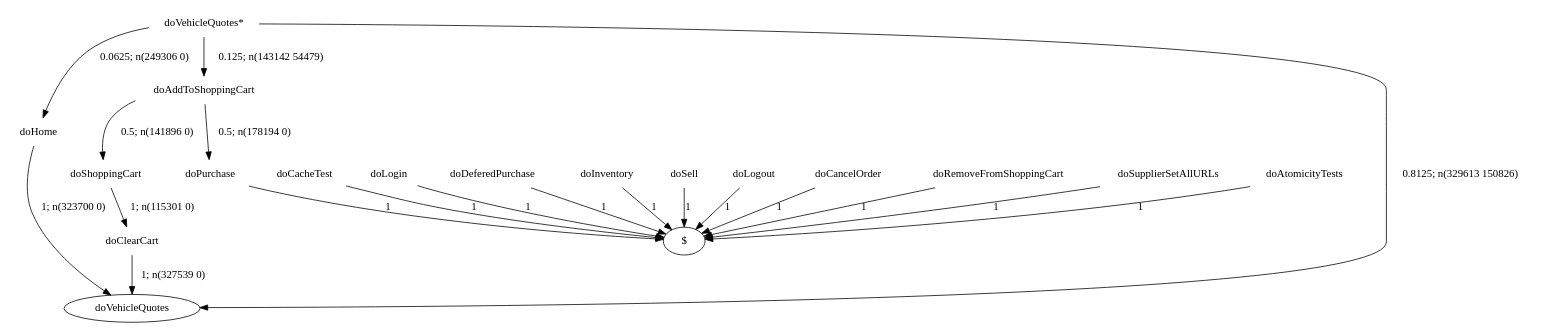
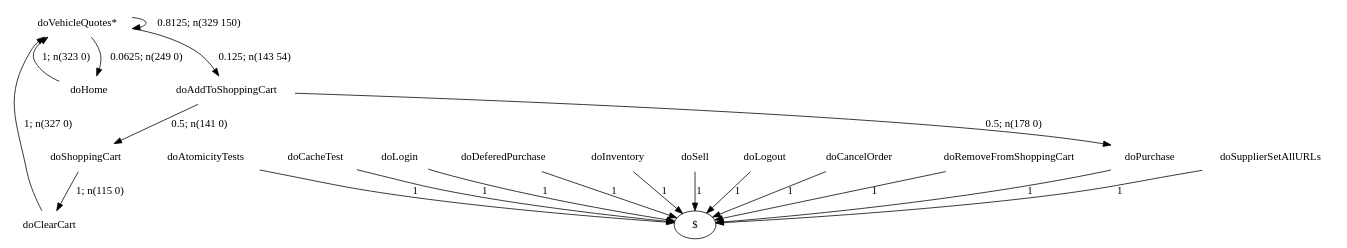
Before and after one commit to alperhi/wessbas.behaviorModelExtractor: the diagram in examples/specj/output/none/graph122.dot, drawn with Graphviz. The commit also changed 545 other files, not shown here.

Commit message:
fixed bug with initial states appearing twice (with and without '*') in a DOT graph; fixed time conversion from nanoseconds to milliseconds (uses TimeUnit now); updated example output and visualizations; removed input sessions with NULL-values from SPECj input folder;

```diff
--- a/examples/specj/output/none/graph122.dot
+++ b/examples/specj/output/none/graph122.dot
@@ -1,37 +1,37 @@
 digraph G {
 "doVehicleQuotes*" [label="doVehicleQuotes*",shape=none];
 "doSupplierSetAllURLs" [label="doSupplierSetAllURLs",shape=none];
 "doAtomicityTests" [label="doAtomicityTests",shape=none];
 "doCacheTest" [label="doCacheTest",shape=none];
 "doLogin" [label="doLogin",shape=none];
 "doAddToShoppingCart" [label="doAddToShoppingCart",shape=none];
 "doDeferedPurchase" [label="doDeferedPurchase",shape=none];
 "doHome" [label="doHome",shape=none];
 "doShoppingCart" [label="doShoppingCart",shape=none];
 "doClearCart" [label="doClearCart",shape=none];
 "doPurchase" [label="doPurchase",shape=none];
 "doInventory" [label="doInventory",shape=none];
 "doSell" [label="doSell",shape=none];
 "doLogout" [label="doLogout",shape=none];
 "doCancelOrder" [label="doCancelOrder",shape=none];
 "doRemoveFromShoppingCart" [label="doRemoveFromShoppingCart",shape=none];
-"doVehicleQuotes*"->"doVehicleQuotes" [style=solid,label="0.8125; n(329613 150826)"];
-"doVehicleQuotes*"->"doAddToShoppingCart" [style=solid,label="0.125; n(143142 54479)"];
-"doVehicleQuotes*"->"doHome" [style=solid,label="0.0625; n(249306 0)"];
+"doVehicleQuotes*"->"doVehicleQuotes*" [style=solid,label="0.8125; n(329 150)"];
+"doVehicleQuotes*"->"doAddToShoppingCart" [style=solid,label="0.125; n(143 54)"];
+"doVehicleQuotes*"->"doHome" [style=solid,label="0.0625; n(249 0)"];
 "doSupplierSetAllURLs"->"$" [style=solid,label="1"];
 "doAtomicityTests"->"$" [style=solid,label="1"];
 "doCacheTest"->"$" [style=solid,label="1"];
 "doLogin"->"$" [style=solid,label="1"];
-"doAddToShoppingCart"->"doShoppingCart" [style=solid,label="0.5; n(141896 0)"];
-"doAddToShoppingCart"->"doPurchase" [style=solid,label="0.5; n(178194 0)"];
+"doAddToShoppingCart"->"doShoppingCart" [style=solid,label="0.5; n(141 0)"];
+"doAddToShoppingCart"->"doPurchase" [style=solid,label="0.5; n(178 0)"];
 "doDeferedPurchase"->"$" [style=solid,label="1"];
-"doHome"->"doVehicleQuotes" [style=solid,label="1; n(323700 0)"];
-"doShoppingCart"->"doClearCart" [style=solid,label="1; n(115301 0)"];
-"doClearCart"->"doVehicleQuotes" [style=solid,label="1; n(327539 0)"];
+"doHome"->"doVehicleQuotes*" [style=solid,label="1; n(323 0)"];
+"doShoppingCart"->"doClearCart" [style=solid,label="1; n(115 0)"];
+"doClearCart"->"doVehicleQuotes*" [style=solid,label="1; n(327 0)"];
 "doPurchase"->"$" [style=solid,label="1"];
 "doInventory"->"$" [style=solid,label="1"];
 "doSell"->"$" [style=solid,label="1"];
 "doLogout"->"$" [style=solid,label="1"];
 "doCancelOrder"->"$" [style=solid,label="1"];
 "doRemoveFromShoppingCart"->"$" [style=solid,label="1"];
 }
```
